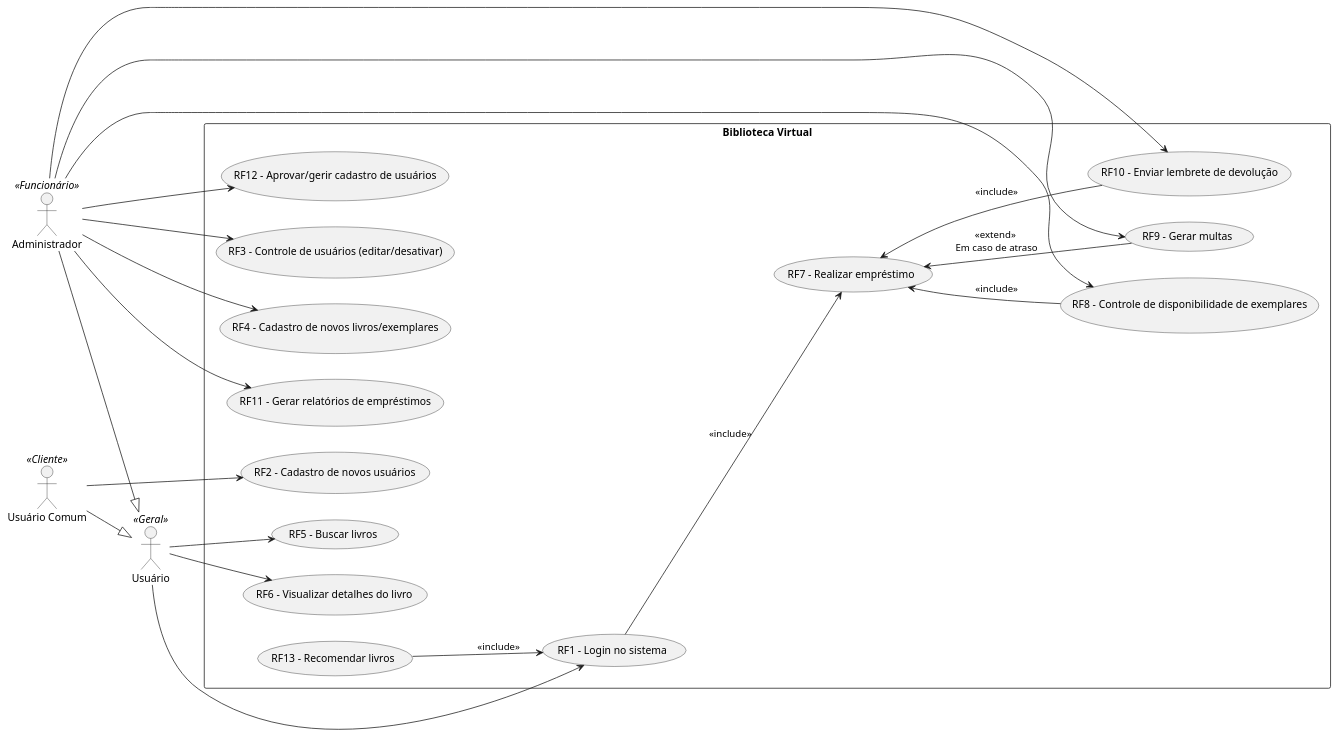
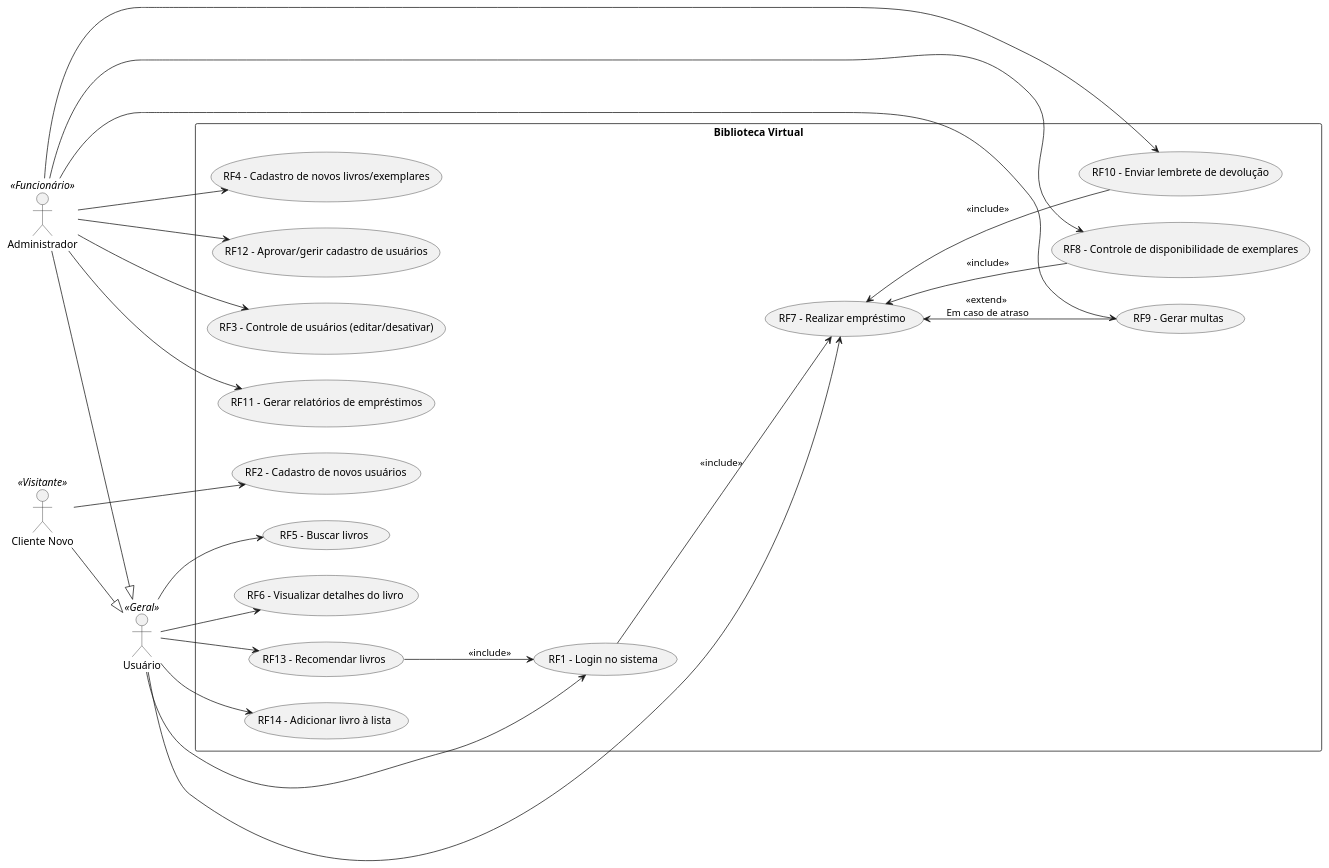
Before and after one commit to AnthonyLuciano/BibliotecaUNP: the diagram in Documentação/CasodeUso.puml, drawn with PlantUML.

```diff
--- a/Documentação/CasodeUso.puml
+++ b/Documentação/CasodeUso.puml
@@ -1,49 +1,55 @@
 @startuml
 left to right direction
 skinparam packageStyle rectangle
 
 actor "Usuário" as Usuario <<Geral>>
-actor "Usuário Comum" as UsuarioComum <<Cliente>>
+actor "Cliente Novo" as ClienteNovo <<Visitante>>
 actor "Administrador" as Administrador <<Funcionário>>
 
-UsuarioComum --|> Usuario
+ClienteNovo --|> Usuario
 Administrador --|> Usuario
 
 package "Biblioteca Virtual" {
 
     usecase "RF1 - Login no sistema" as RF001_Login
     usecase "RF2 - Cadastro de novos usuários" as RF002_Cadastro
     usecase "RF3 - Controle de usuários (editar/desativar)" as RF003_Controle
     usecase "RF4 - Cadastro de novos livros/exemplares" as RF004_CadLivro
     usecase "RF5 - Buscar livros" as RF005_Busca
     usecase "RF6 - Visualizar detalhes do livro" as RF006_Detalhes
     usecase "RF7 - Realizar empréstimo" as RF007_Emprestimo
     usecase "RF8 - Controle de disponibilidade de exemplares" as RF008_Disponibilidade
     usecase "RF9 - Gerar multas" as RF009_Multas
     usecase "RF10 - Enviar lembrete de devolução" as RF010_Lembrete
     usecase "RF11 - Gerar relatórios de empréstimos" as RF011_Relatorios
     usecase "RF12 - Aprovar/gerir cadastro de usuários" as RF012_Aprovar
     usecase "RF13 - Recomendar livros" as RF013_Recomendar
+    usecase "RF14 - Adicionar livro à lista" as RF014_Lista
 }
 
 Usuario --> RF001_Login
 Usuario --> RF005_Busca
 Usuario --> RF006_Detalhes
+Usuario --> RF007_Emprestimo
+Usuario --> RF013_Recomendar
+Usuario --> RF014_Lista
 
-UsuarioComum --> RF002_Cadastro
+
+ClienteNovo --> RF002_Cadastro
 
 Administrador --> RF003_Controle
 Administrador --> RF004_CadLivro
 Administrador --> RF008_Disponibilidade
 Administrador --> RF010_Lembrete
 Administrador --> RF011_Relatorios
 Administrador --> RF012_Aprovar
 Administrador --> RF009_Multas
 
 RF013_Recomendar --> RF001_Login : <<include>>
 RF001_Login --> (RF007_Emprestimo) : <<include>>
 RF007_Emprestimo <-- (RF008_Disponibilidade) : <<include>>
 RF007_Emprestimo <-- (RF009_Multas) : <<extend>> \nEm caso de atraso
 RF007_Emprestimo <-- (RF010_Lembrete) : <<include>>
 
+
 @enduml
```
